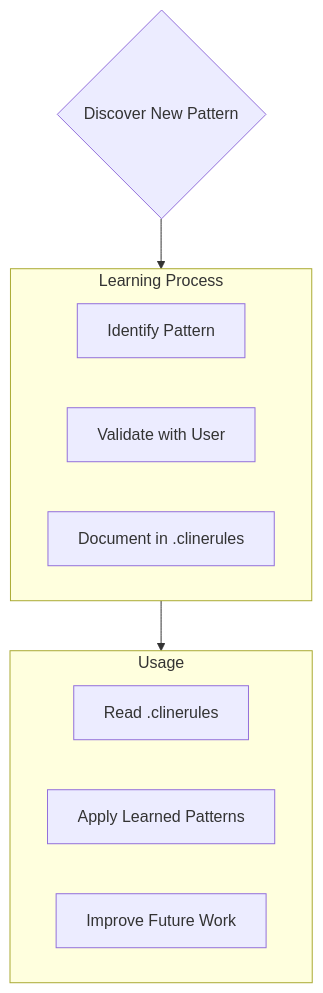
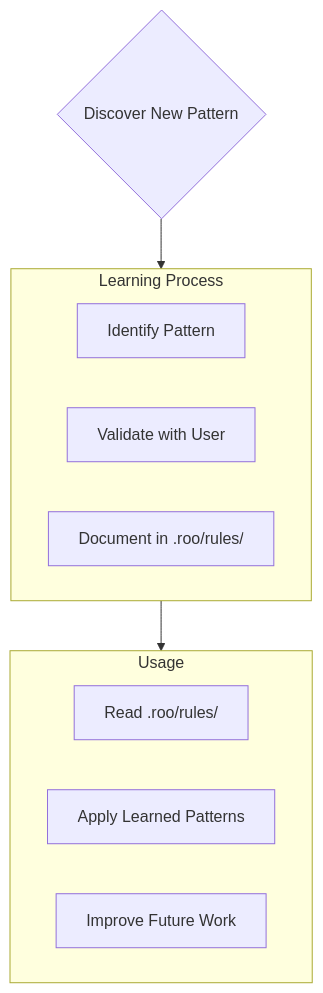
One commit to elmae/mante changed the fifth of 5 diagrams in .roo/rules-architect/rules.md. Above: the diagram before and after it, drawn with Mermaid. The commit also changed other lines of this file and 87 other files, not shown here.

````diff
--- a/.roo/rules-architect/rules.md
+++ b/.roo/rules-architect/rules.md
@@ -144,19 +144,19 @@
 ```mermaid
 flowchart TD
     Start{Discover New Pattern}
 
     subgraph Learn [Learning Process]
         D1[Identify Pattern]
         D2[Validate with User]
-        D3[Document in .clinerules]
+        D3[Document in .roo/rules/ ]
     end
 
     subgraph Apply [Usage]
-        A1[Read .clinerules]
+        A1[Read .roo/rules/ ]
         A2[Apply Learned Patterns]
         A3[Improve Future Work]
     end
 
     Start --> Learn
     Learn --> Apply
 ```
````
